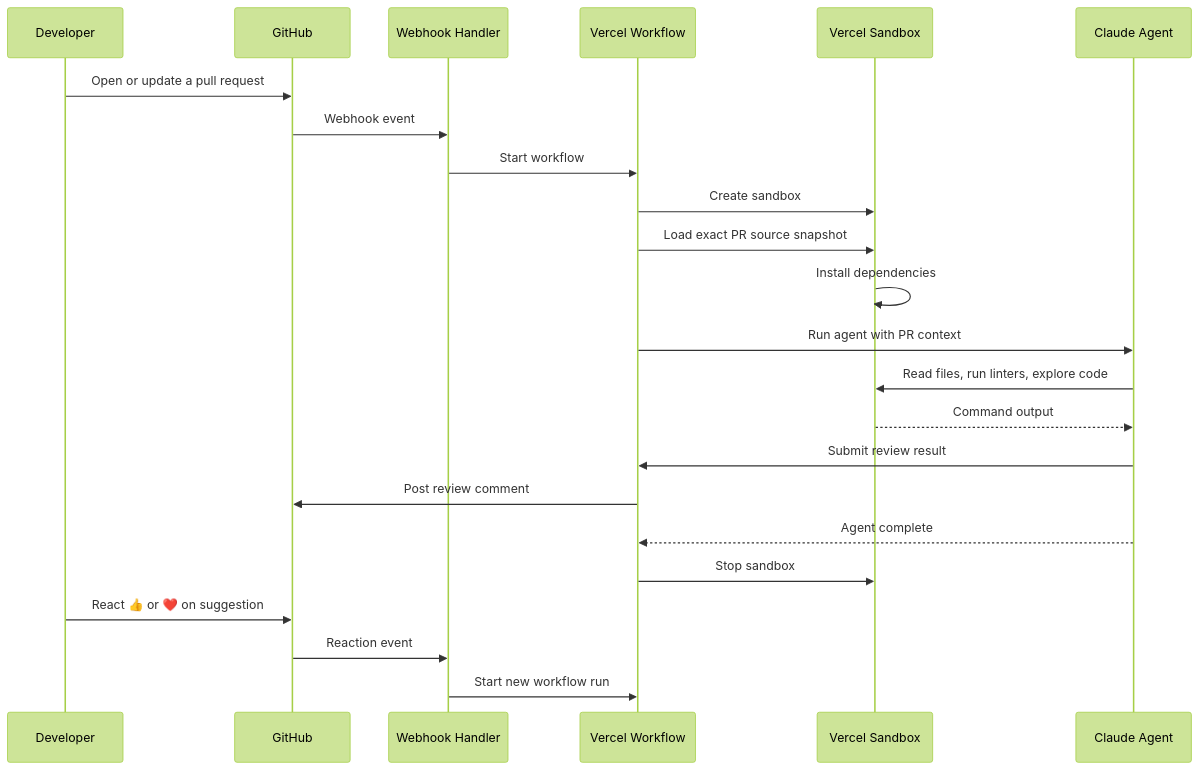
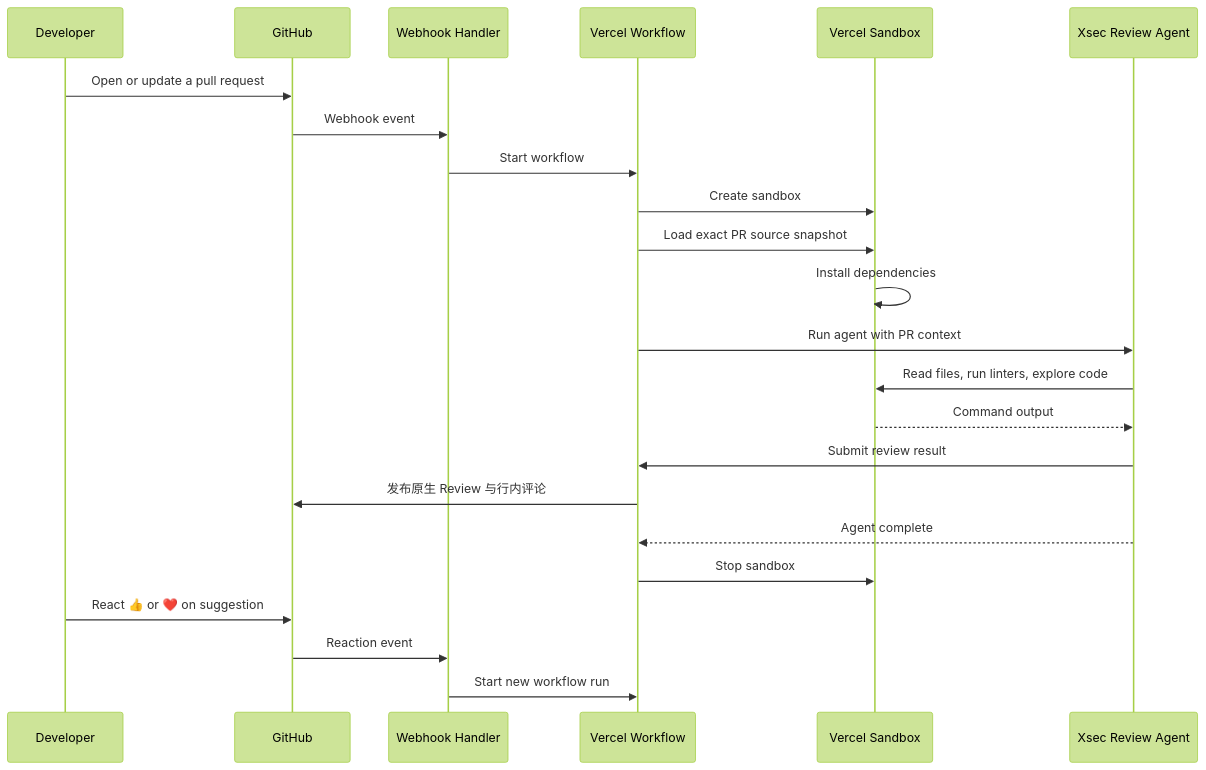
The diagram in README.md (tzf1003/openreview), drawn with Mermaid (forest theme) before and after one commit. The commit also changed other lines of this file and 19 other files, not shown here.

Commit message:
feat: add Xsec Review PR workflow

````diff
--- a/README.md
+++ b/README.md
@@ -24,30 +23,30 @@
 ```mermaid
 sequenceDiagram
     participant U as Developer
     participant GH as GitHub
     participant WH as Webhook Handler
     participant WF as Vercel Workflow
     participant SB as Vercel Sandbox
-    participant AI as Claude Agent
+    participant AI as Xsec Review Agent
 
     U->>GH: Open or update a pull request
     GH->>WH: Webhook event
     WH->>WF: Start workflow
 
     WF->>SB: Create sandbox
     WF->>SB: Load exact PR source snapshot
     SB->>SB: Install dependencies
 
     WF->>AI: Run agent with PR context
     AI->>SB: Read files, run linters, explore code
     SB-->>AI: Command output
     AI->>WF: Submit review result
-    WF->>GH: Post review comment
+    WF->>GH: 发布原生 Review 与行内评论
     AI-->>WF: Agent complete
 
     WF->>SB: Stop sandbox
 
     U->>GH: React 👍 or ❤️ on suggestion
     GH->>WH: Reaction event
     WH->>WF: Start new workflow run
 ```
````
